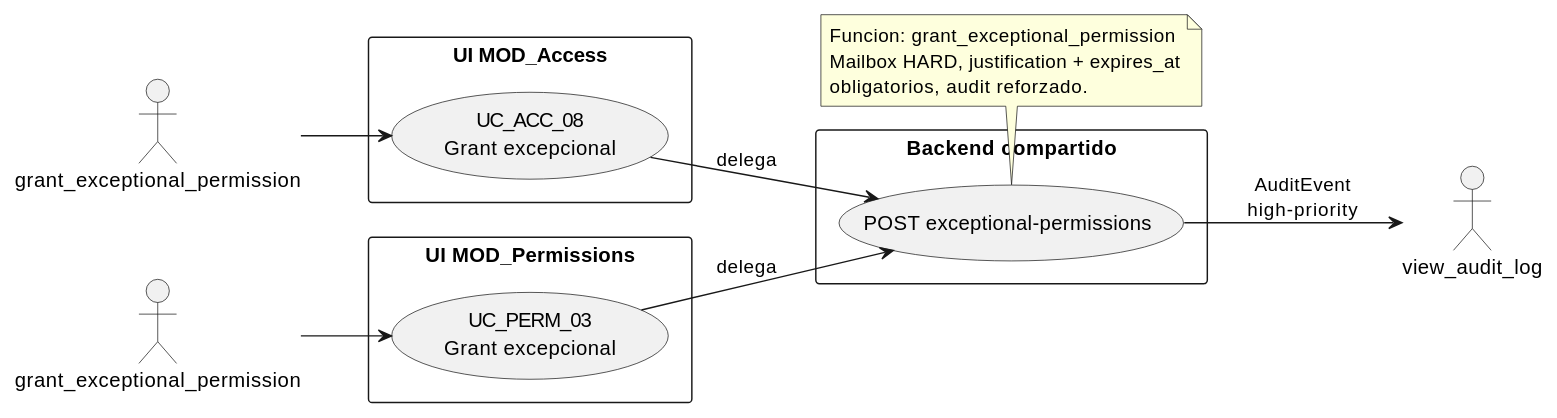
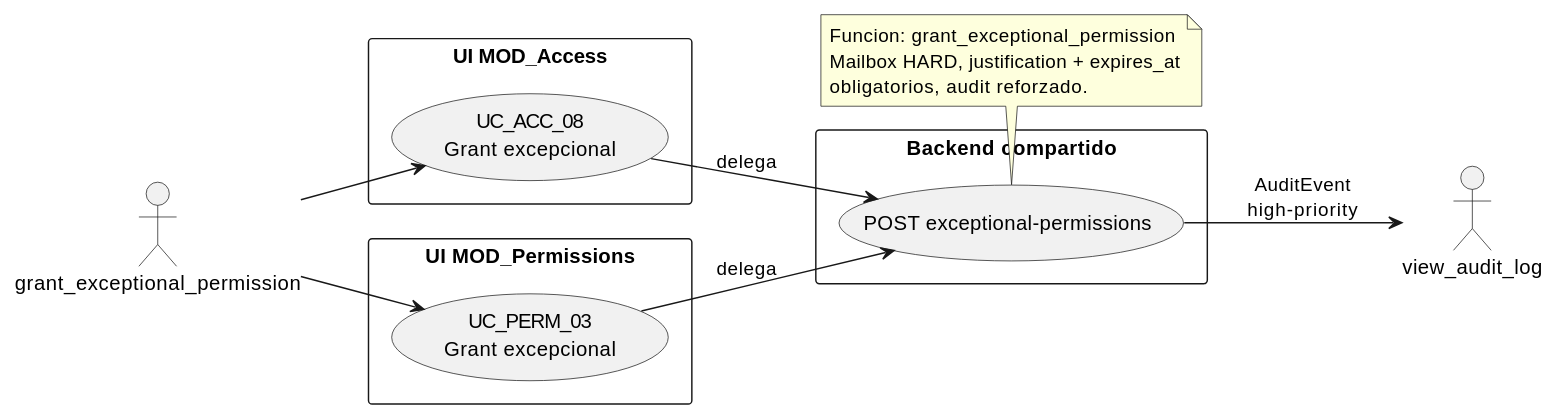
One commit to jcg-admin/IACT-docs changed the first of 4 diagrams in source/requisitos/casos-uso/permissions/uc-perm-03/diagramas-uml.rst. Above: the diagram before and after it, drawn with PlantUML. The commit also changed other lines of this file and 79 other files, not shown here.

First line of the commit message:
Sweep cryptic aliases in UC diagramas-uml files

```diff
--- a/source/requisitos/casos-uso/permissions/uc-perm-03/diagramas-uml.rst
+++ b/source/requisitos/casos-uso/permissions/uc-perm-03/diagramas-uml.rst
@@ -10,33 +10,33 @@
 .. uml::
  :caption: UC_PERM_03 vs UC_ACC_08
 
  @startuml
  left to right direction
 
- actor "grant_exceptional_permission" as OPS
- actor "grant_exceptional_permission" as SEC
- actor "view_audit_log" as AUD
+ actor "grant_exceptional_permission" as grant_exceptional_permission
+ actor "grant_exceptional_permission" as grant_exceptional_permission
+ actor "view_audit_log" as view_audit_log
 
  rectangle "UI MOD_Access" {
    usecase "UC_ACC_08\nGrant excepcional" as ACC08
  }
  rectangle "UI MOD_Permissions" {
    usecase "UC_PERM_03\nGrant excepcional" as PERM03
  }
  rectangle "Backend compartido" {
    usecase "POST exceptional-permissions" as BE
  }
 
- OPS --> ACC08
- SEC --> PERM03
+ grant_exceptional_permission --> ACC08
+ grant_exceptional_permission --> PERM03
  ACC08 --> BE : delega
  PERM03 --> BE : delega
- BE --> AUD : AuditEvent\nhigh-priority
+ BE --> view_audit_log : AuditEvent\nhigh-priority
 
  note bottom of BE
    Funcion: grant_exceptional_permission
    Mailbox HARD, justification + expires_at
    obligatorios, audit reforzado.
  end note
 
  @enduml
```
